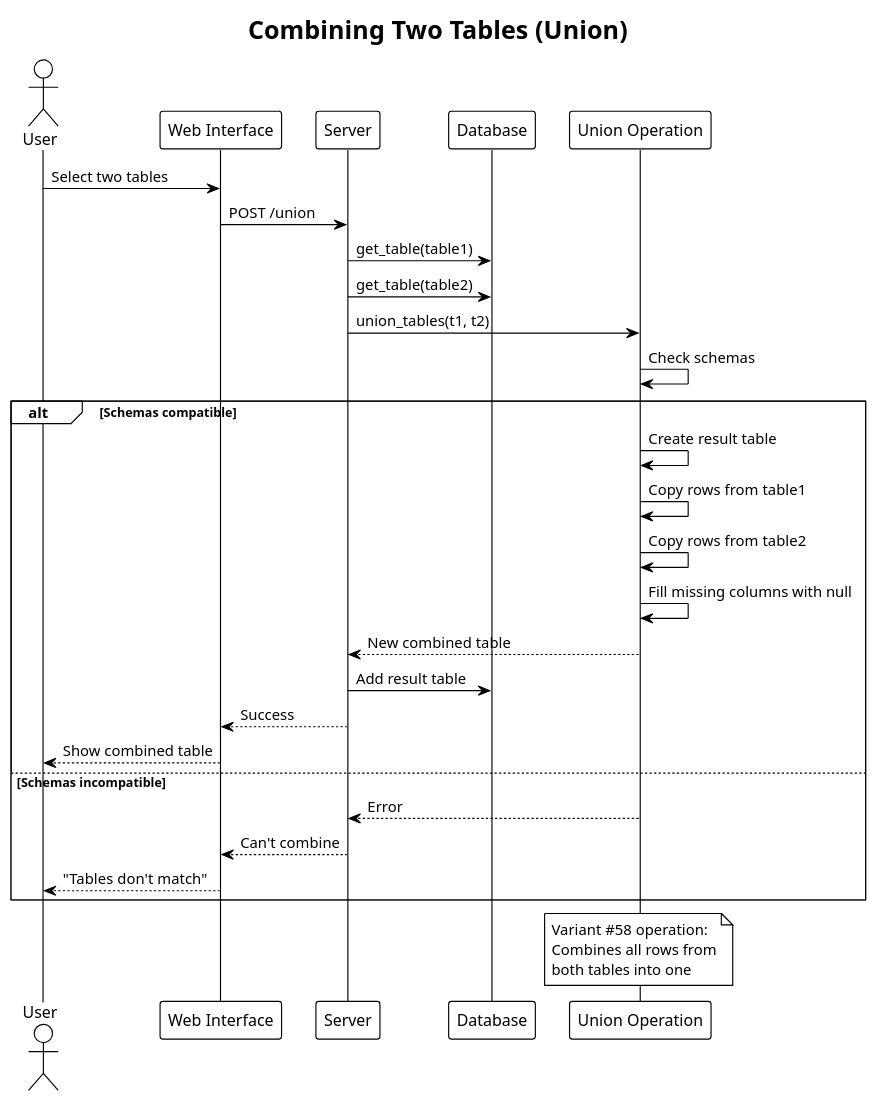
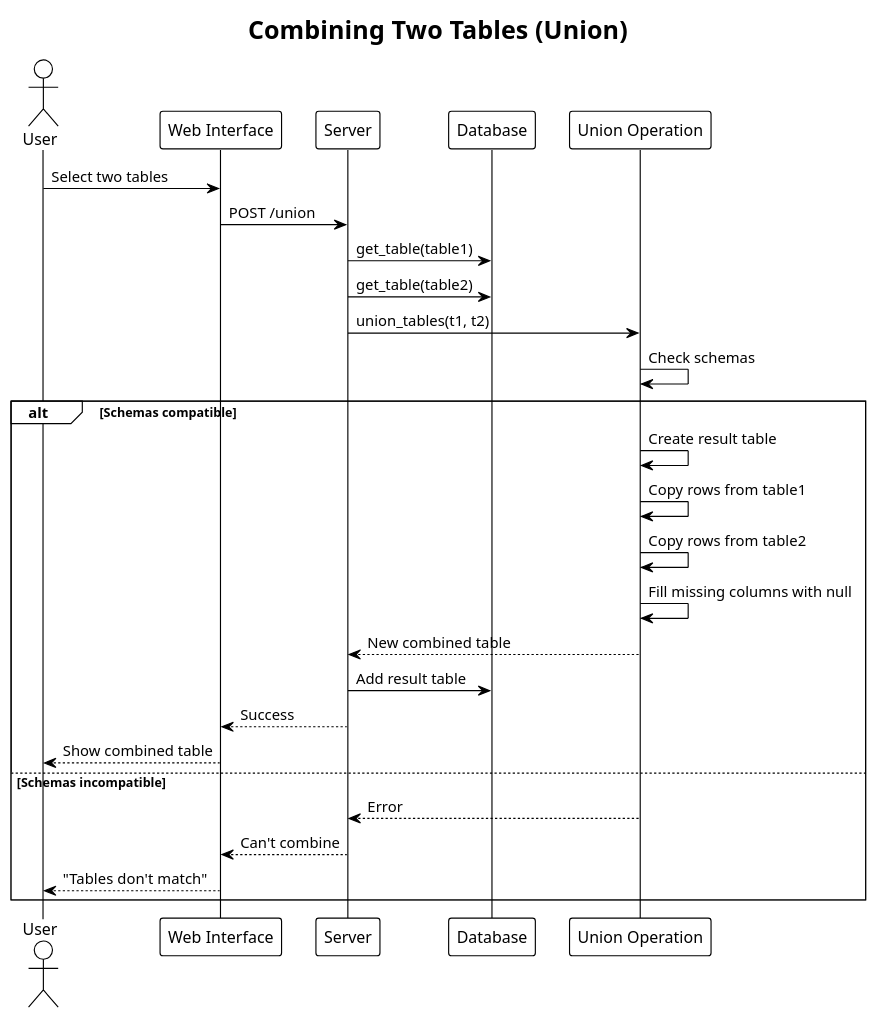
The diagram in UML/10_sequence_union.puml (PavelShpagin/TDMS), drawn with PlantUML before and after one commit. The commit also changed 44 other files, not shown here.

```diff
--- a/UML/10_sequence_union.puml
+++ b/UML/10_sequence_union.puml
@@ -1,40 +1,36 @@
 @startuml sequence_union
 !theme plain
 title Combining Two Tables (Union)
 
 actor User
 participant "Web Interface" as UI
 participant "Server" as API
 participant "Database" as DB
 participant "Union Operation" as Union
 
 User -> UI: Select two tables
 UI -> API: POST /union
 API -> DB: get_table(table1)
 API -> DB: get_table(table2)
 
 API -> Union: union_tables(t1, t2)
 
 Union -> Union: Check schemas
 alt Schemas compatible
   Union -> Union: Create result table
   Union -> Union: Copy rows from table1
   Union -> Union: Copy rows from table2
   Union -> Union: Fill missing columns with null
   Union --> API: New combined table
   API -> DB: Add result table
   API --> UI: Success
   UI --> User: Show combined table
 else Schemas incompatible
   Union --> API: Error
   API --> UI: Can't combine
   UI --> User: "Tables don't match"
 end
 
-note over Union
-  Variant #58 operation:
-  Combines all rows from
-  both tables into one
-end note
+
 
 @enduml
```
